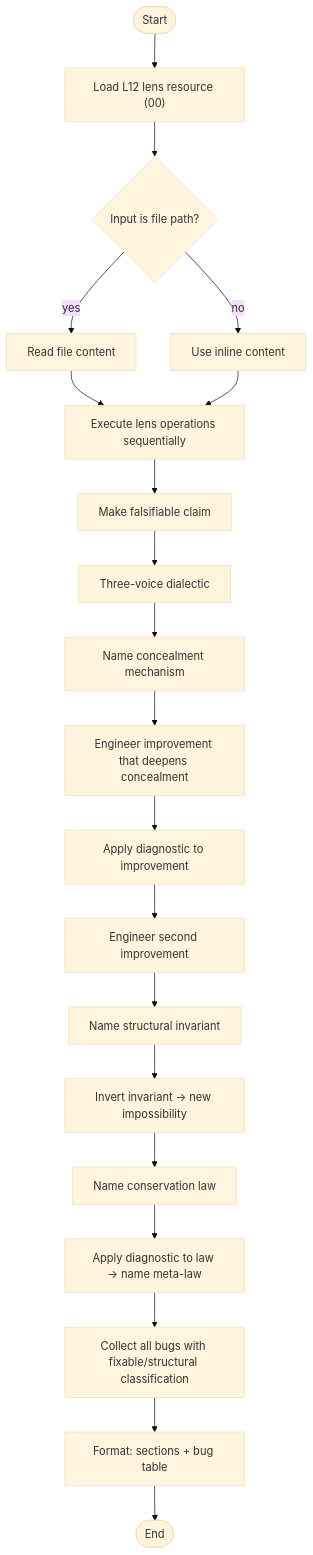
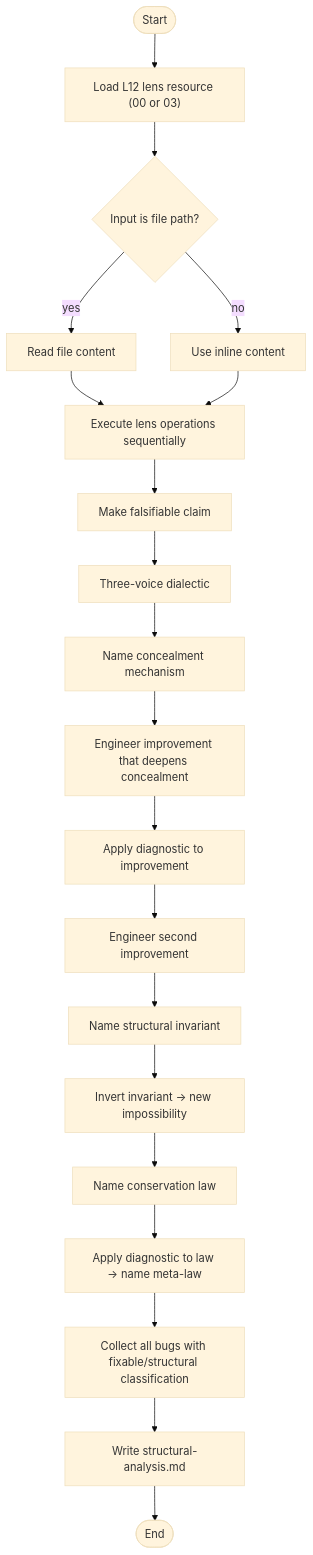
Before and after one commit to m2ux/workflow-server: the first of 5 diagrams in prism/skills/README.md, drawn with Mermaid (base theme). The commit also changed other lines of this file and 1 other file, not shown here.

First line of the commit message:
docs(prism): rewrite workflow and skills READMEs for current architecture

````diff
--- a/prism/skills/README.md
+++ b/prism/skills/README.md
@@ -26,22 +25,22 @@
 ```mermaid
 graph TD
-    startNode(["Start"]) --> loadLens["Load L12 lens resource (00)"]
+    startNode(["Start"]) --> loadLens["Load L12 lens resource (00 or 03)"]
     loadLens --> readTarget{"Input is file path?"}
     readTarget -->|"yes"| readFile["Read file content"]
     readTarget -->|"no"| useDirect["Use inline content"]
     readFile --> executeLens["Execute lens operations sequentially"]
     useDirect --> executeLens
     executeLens --> claim["Make falsifiable claim"]
     claim --> dialectic["Three-voice dialectic"]
     dialectic --> concealment["Name concealment mechanism"]
     concealment --> improve1["Engineer improvement that deepens concealment"]
     improve1 --> diagnose1["Apply diagnostic to improvement"]
     diagnose1 --> improve2["Engineer second improvement"]
     improve2 --> invariant["Name structural invariant"]
     invariant --> invert["Invert invariant → new impossibility"]
     invert --> conservationLaw["Name conservation law"]
     conservationLaw --> metaLaw["Apply diagnostic to law → name meta-law"]
     metaLaw --> bugTable["Collect all bugs with fixable/structural classification"]
-    bugTable --> formatOutput["Format: sections + bug table"]
-    formatOutput --> endNode(["End"])
+    bugTable --> writeArtifact["Write structural-analysis.md"]
+    writeArtifact --> endNode(["End"])
 ```
````
